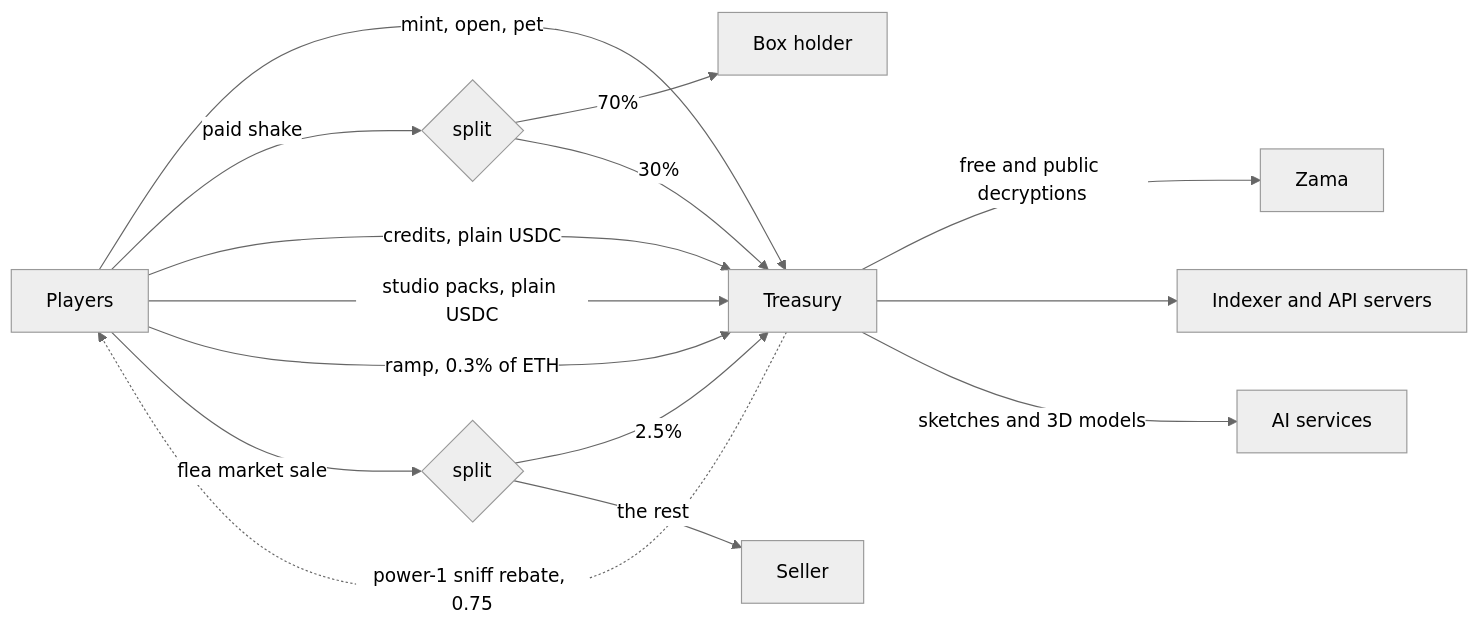
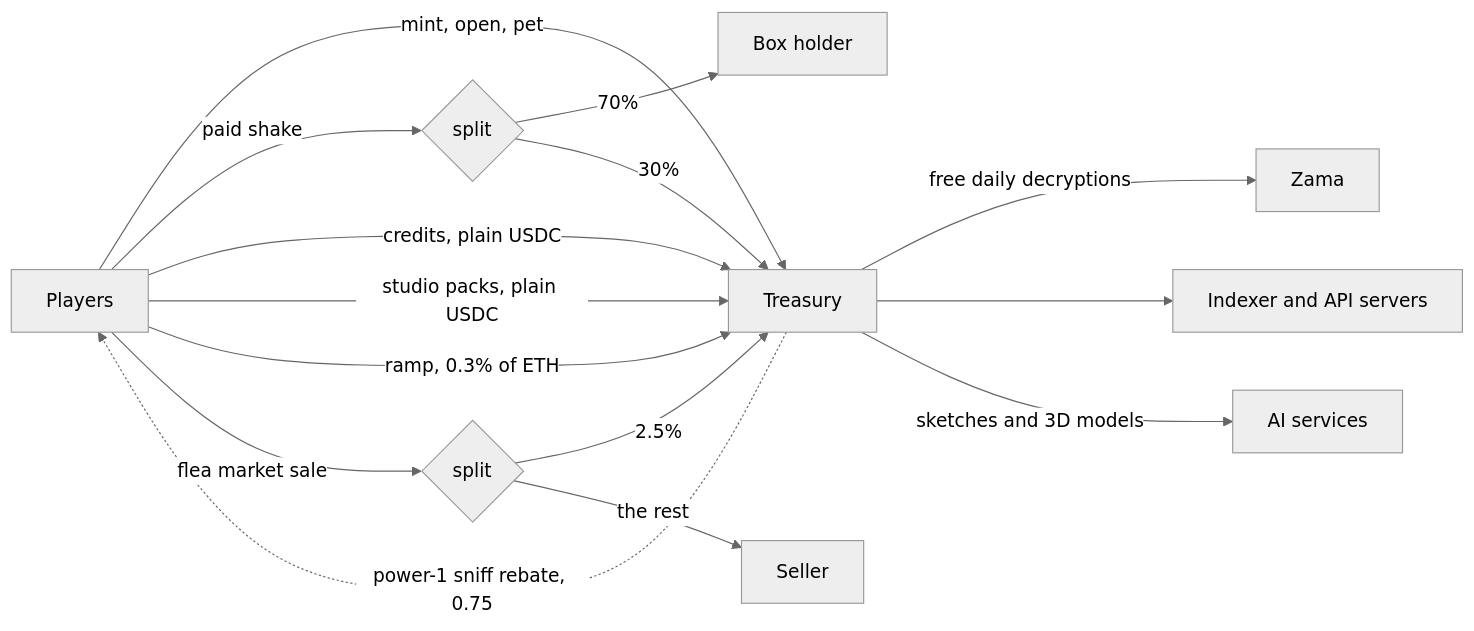
Before and after one commit to jecombe/do_not_open: diagram 34 of 41 in docs/FLOWS.md, drawn with Mermaid (neutral theme). The commit also changed other lines of this file and 25 other files, not shown here.

Commit message:
Charge public decryptions to the wallet that asks Zama first, so duels posted in a loop spend the griefer's units and not the collection's money

````diff
--- a/docs/FLOWS.md
+++ b/docs/FLOWS.md
@@ -1155,17 +1163,17 @@
 ```mermaid
 flowchart LR
   P[Players] -- "mint, open, pet" --> T[Treasury]
   P -- "paid shake" --> S{split}
   S -- 70% --> H[Box holder]
   S -- 30% --> T
   T -. "power-1 sniff rebate, 0.75" .-> P
   P -- "credits, plain USDC" --> T
   P -- "studio packs, plain USDC" --> T
   P -- "ramp, 0.3% of ETH" --> T
   P -- "flea market sale" --> F{split}
   F -- "2.5%" --> T
   F -- "the rest" --> SE[Seller]
-  T -- "free and public decryptions" --> Z[Zama]
+  T -- "free daily decryptions" --> Z[Zama]
   T --> I[Indexer and API servers]
   T -- "sketches and 3D models" --> AI[AI services]
 ```
````
